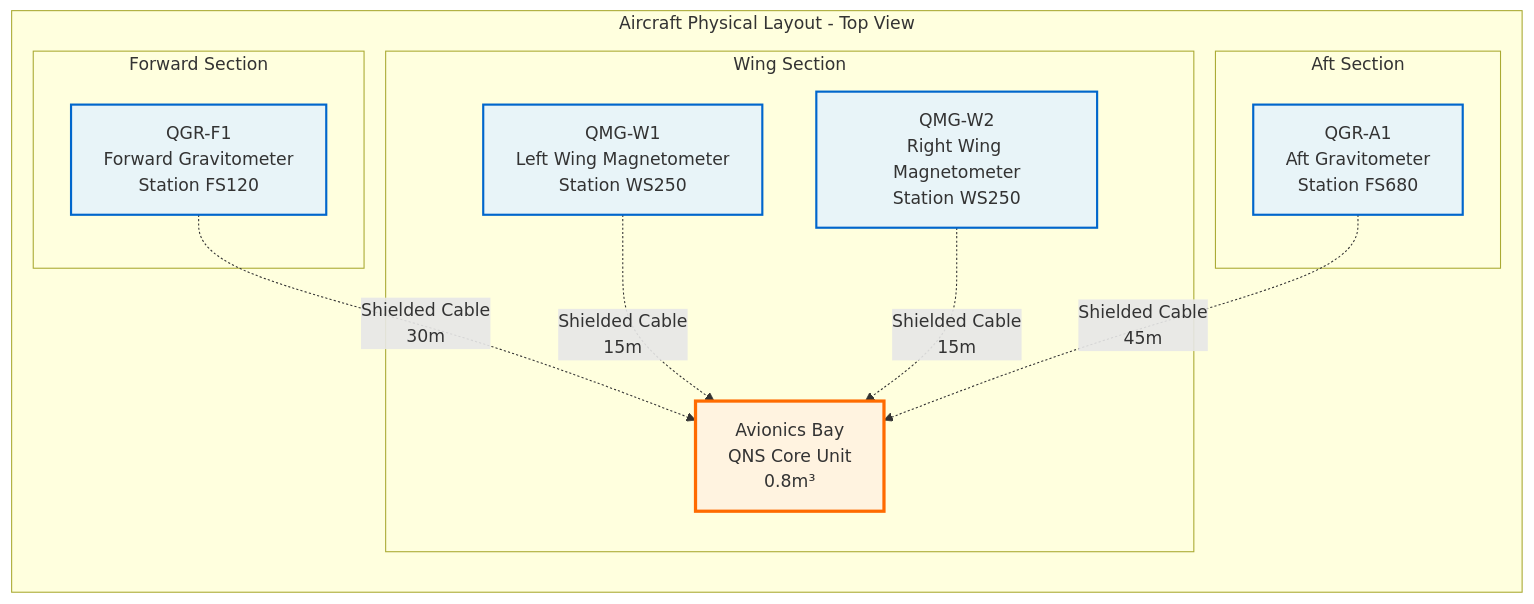
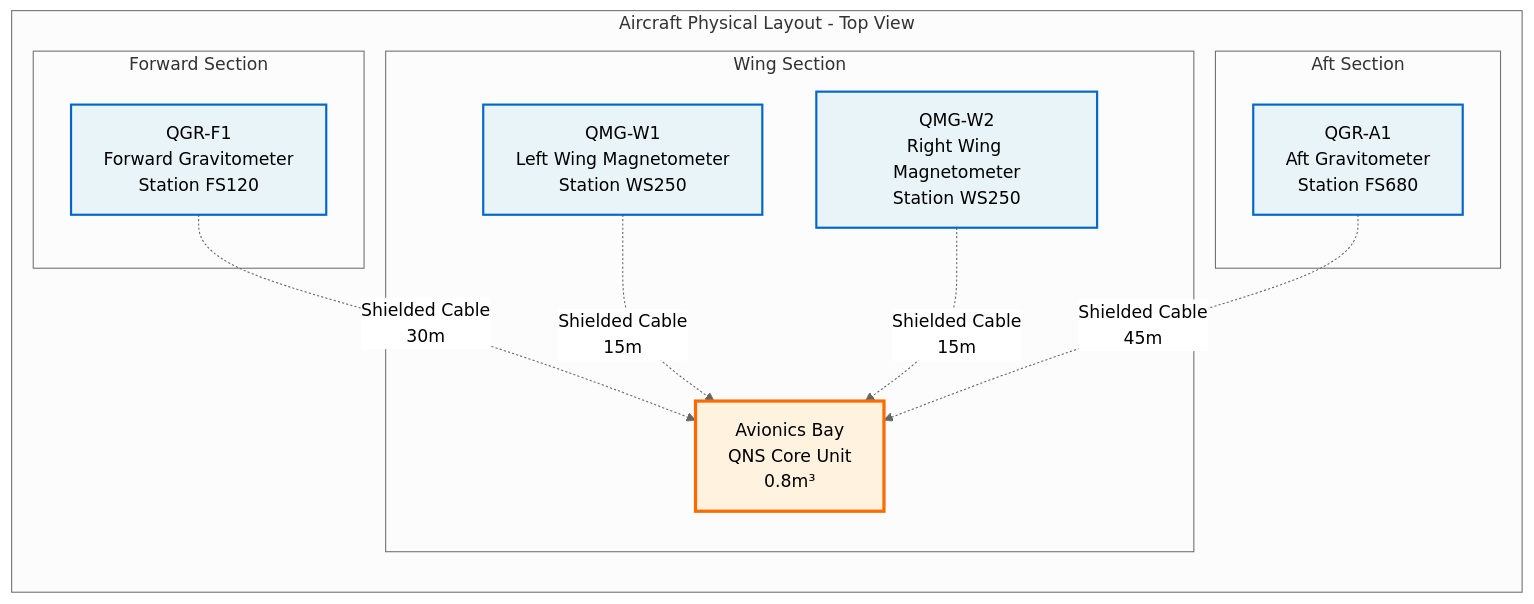
One commit to Robbbo-T/A-Q-U-A_V changed the second of 7 diagrams in PRODUCT_LINES/QUANTUM/QUANTUM_SOFTWARE/DESIGN/QNS_NAVIGATION/DES_INTEGRATION/QUA-QNS01-25SVD0001-DES-BOB-IND-TD-QCSAA-918-000-00-01-TPL-DES-220-QIND-v1.0.0.md. Above: the diagram before and after it, drawn with Mermaid. The commit also changed other lines of this file, not shown here.

````diff
--- a/PRODUCT_LINES/QUANTUM/QUANTUM_SOFTWARE/DESIGN/QNS_NAVIGATION/DES_INTEGRATION/QUA-QNS01-25SVD0001-DES-BOB-IND-TD-QCSAA-918-000-00-01-TPL-DES-220-QIND-v1.0.0.md
+++ b/PRODUCT_LINES/QUANTUM/QUANTUM_SOFTWARE/DESIGN/QNS_NAVIGATION/DES_INTEGRATION/QUA-QNS01-25SVD0001-DES-BOB-IND-TD-QCSAA-918-000-00-01-TPL-DES-220-QIND-v1.0.0.md
@@ -104,31 +105,32 @@
 ```mermaid
+%%{init: {'theme':'neutral', 'themeVariables': {'primaryTextColor':'#000', 'primaryColor':'#e8f4f8', 'primaryBorderColor':'#0066cc', 'lineColor':'#666'}}}%%
 graph LR
     subgraph "Aircraft Physical Layout - Top View"
         subgraph "Forward Section"
             FS120[QGR-F1<br/>Forward Gravitometer<br/>Station FS120]
         end
         
         subgraph "Wing Section"
             WS250L[QMG-W1<br/>Left Wing Magnetometer<br/>Station WS250]
             AC[Avionics Bay<br/>QNS Core Unit<br/>0.8m³]
             WS250R[QMG-W2<br/>Right Wing Magnetometer<br/>Station WS250]
         end
         
         subgraph "Aft Section"
             FS680[QGR-A1<br/>Aft Gravitometer<br/>Station FS680]
         end
     end
     
     %% Physical connections
     FS120 -.->|Shielded Cable<br/>30m| AC
     WS250L -.->|Shielded Cable<br/>15m| AC
     WS250R -.->|Shielded Cable<br/>15m| AC
     FS680 -.->|Shielded Cable<br/>45m| AC
     
     %% Styling
-    classDef sensor fill:#e8f4f8,stroke:#0066cc,stroke-width:2px
-    classDef core fill:#fff3e0,stroke:#ff6b00,stroke-width:3px
+    classDef sensor fill:#e8f4f8,stroke:#0066cc,stroke-width:2px,color:#000
+    classDef core fill:#fff3e0,stroke:#ff6b00,stroke-width:3px,color:#000
     
     class FS120,FS680,WS250L,WS250R sensor
     class AC core
 ```
````
